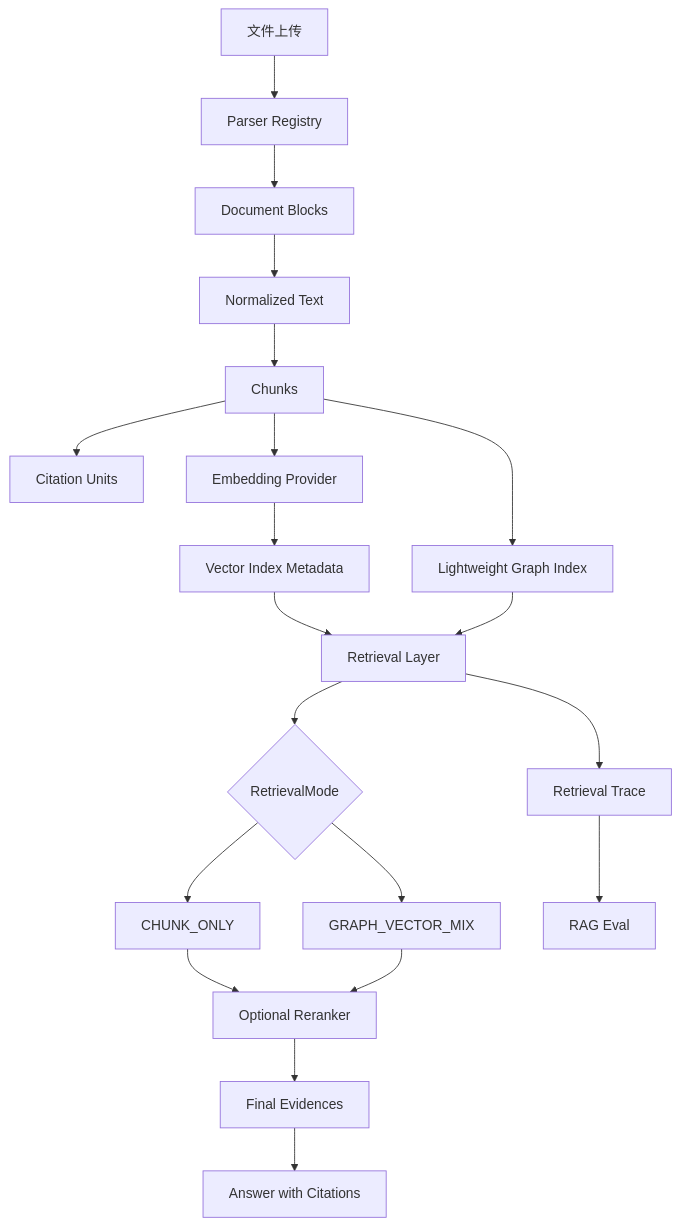
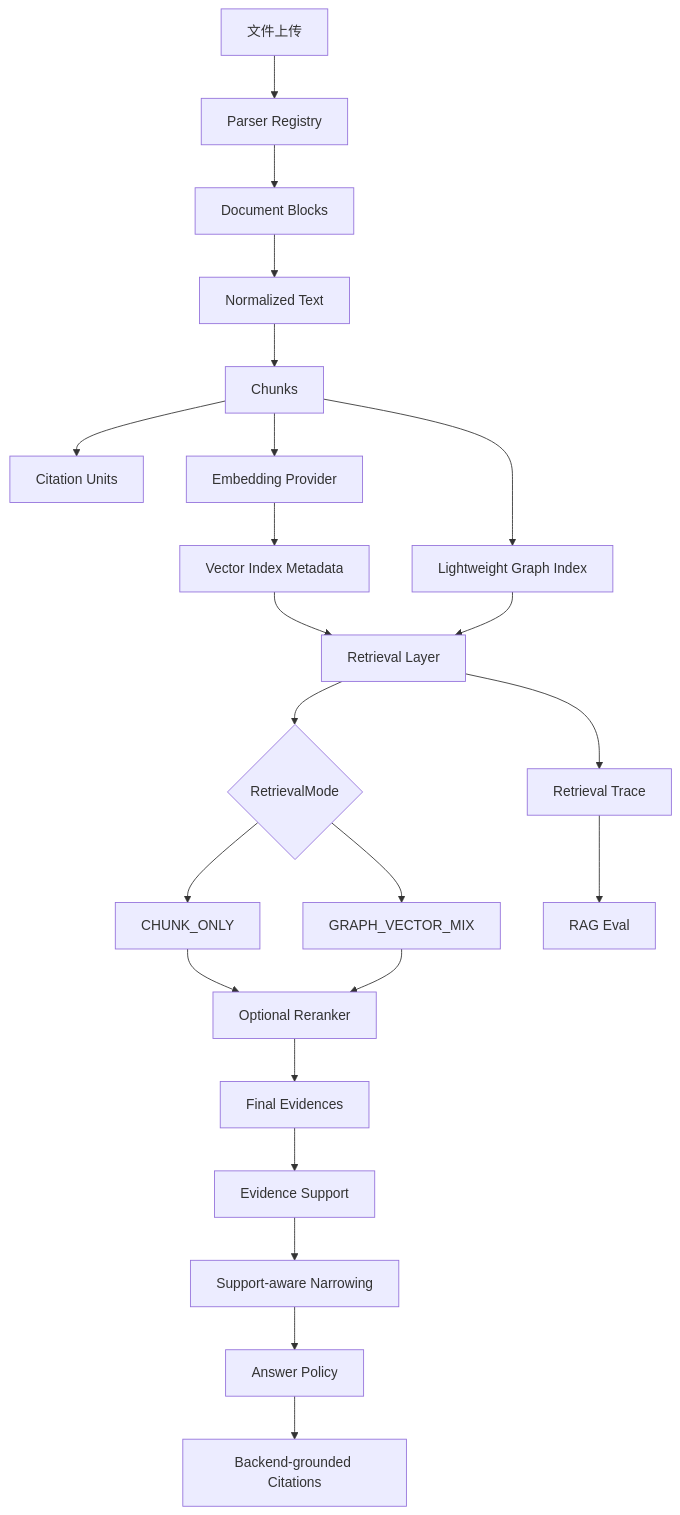
Before and after one commit to pmk915/purelink: the diagram in docs/interview/purelink-rag-project-story.md, drawn with Mermaid. The commit also changed other lines of this file and 24 other files, not shown here.

````diff
--- a/docs/interview/purelink-rag-project-story.md
+++ b/docs/interview/purelink-rag-project-story.md
@@ -123,22 +123,25 @@
 ```mermaid
 flowchart TD
   A[文件上传] --> B[Parser Registry]
   B --> C[Document Blocks]
   C --> D[Normalized Text]
   D --> E[Chunks]
   E --> F[Citation Units]
   E --> G[Embedding Provider]
   G --> H[Vector Index Metadata]
   E --> I[Lightweight Graph Index]
   H --> J[Retrieval Layer]
   I --> J
   J --> K{RetrievalMode}
   K --> L[CHUNK_ONLY]
   K --> M[GRAPH_VECTOR_MIX]
   L --> N[Optional Reranker]
   M --> N
   N --> O[Final Evidences]
-  O --> P[Answer with Citations]
+  O --> P[Evidence Support]
+  P --> S[Support-aware Narrowing]
+  S --> T[Answer Policy]
+  T --> U[Backend-grounded Citations]
   J --> Q[Retrieval Trace]
   Q --> R[RAG Eval]
 ```
````
